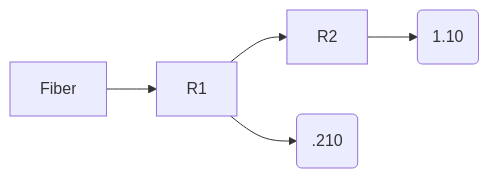
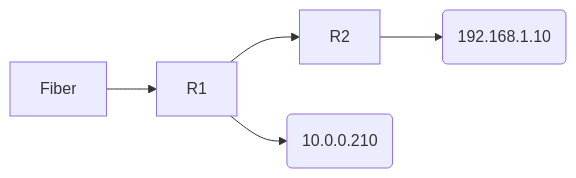
Before and after one commit to notkasim/DOCS: the diagram in Topology.md, drawn with Mermaid.

````diff
--- a/Topology.md
+++ b/Topology.md
@@ -4,7 +4,7 @@
 ```mermaid
 graph LR;
     Fiber-->R1;
     R1-->R2
-    R1-->Server(.210)
-    R2-->pi(1.10)
+    R1-->Server(10.0.0.210)
+    R2-->pi(192.168.1.10)
 ```
````
